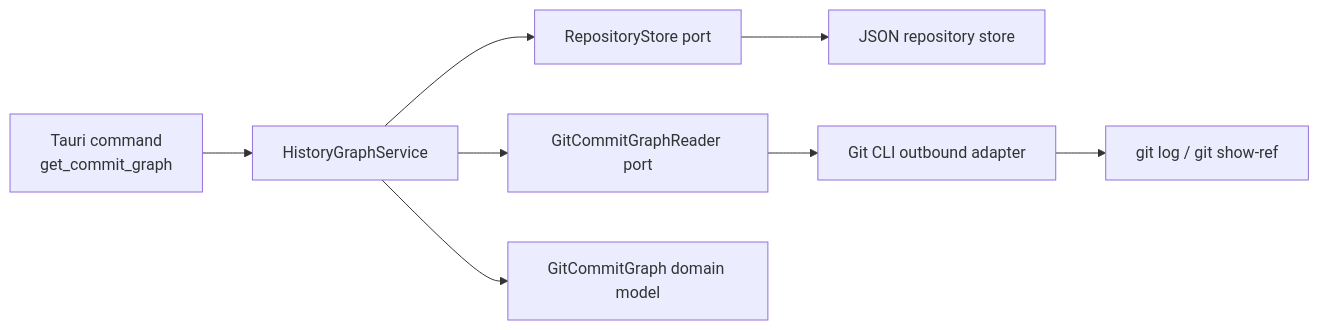
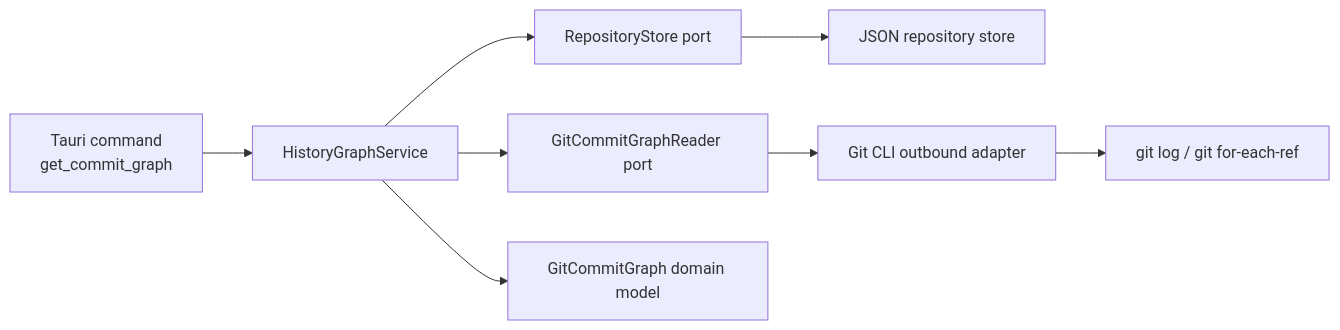
The second of 5 diagrams in docs/git-history-tree-design.md (yoophi/tauri-git-explorer), drawn with Mermaid before and after one commit. The commit also changed other lines of this file and 10 other files, not shown here.

First line of the commit message:
feat: render git graph with column layout

````diff
--- a/docs/git-history-tree-design.md
+++ b/docs/git-history-tree-design.md
@@ -158,10 +232,10 @@
 ```mermaid
 flowchart LR
   TauriCommand[Tauri command<br/>get_commit_graph] --> AppService[HistoryGraphService]
   AppService --> StorePort[RepositoryStore port]
   AppService --> GraphPort[GitCommitGraphReader port]
   StorePort --> JsonStore[JSON repository store]
   GraphPort --> GitAdapter[Git CLI outbound adapter]
-  GitAdapter --> Git[git log / git show-ref]
+  GitAdapter --> Git[git log / git for-each-ref]
   AppService --> Domain[GitCommitGraph domain model]
 ```
````
